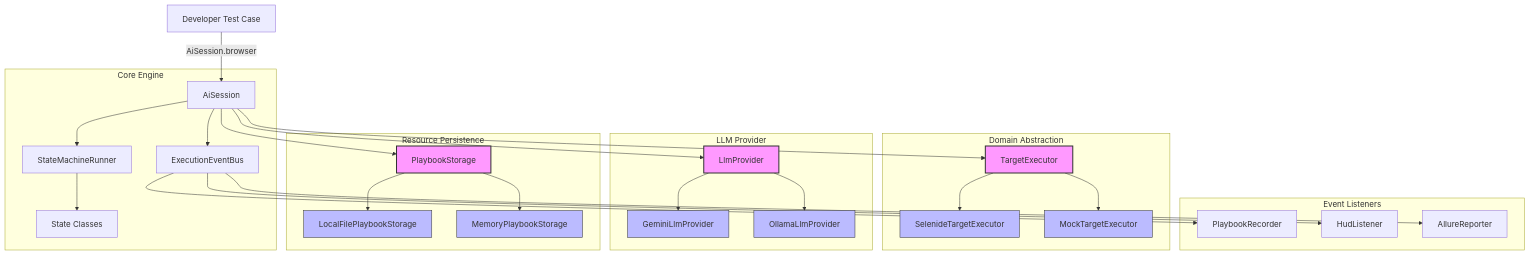
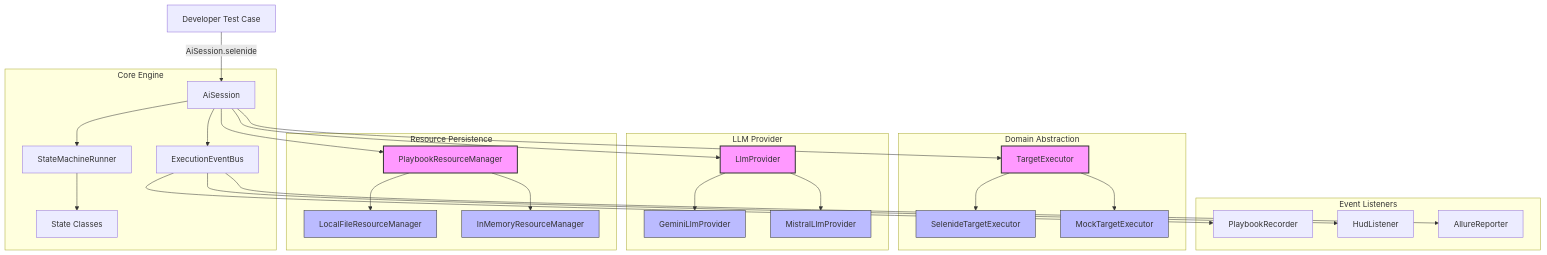
Before and after one commit to Xceptance/neodymium: the first of 10 diagrams in doc/redesign-v2/architecture.md, drawn with Mermaid. The commit also changed other lines of this file, not shown here.

Commit message:
docs: align architecture spec with user feedback on recovery and sanitization

````diff
--- a/doc/redesign-v2/architecture.md
+++ b/doc/redesign-v2/architecture.md
@@ -11,37 +11,37 @@
 ```mermaid
 graph TD
     classDef interface fill:#f9f,stroke:#333,stroke-width:2px;
     classDef concrete fill:#bbf,stroke:#333,stroke-width:1px;
 
-    User[Developer Test Case] -->|AiSession.browser| Session[AiSession]
+    User[Developer Test Case] -->|AiSession.selenide| Session[AiSession]
     
     subgraph Core Engine
         Session --> Runner[StateMachineRunner]
         Runner --> State[State Classes]
         Session --> Bus[ExecutionEventBus]
     end
 
     subgraph Domain Abstraction
         Session --> Executor[TargetExecutor]:::interface
         Executor --> Selenide[SelenideTargetExecutor]:::concrete
         Executor --> Mock[MockTargetExecutor]:::concrete
     end
 
     subgraph LLM Provider
         Session --> Llm[LlmProvider]:::interface
         Llm --> Gemini[GeminiLlmProvider]:::concrete
-        Llm --> Ollama[OllamaLlmProvider]:::concrete
+        Llm --> Mistral[MistralLlmProvider]:::concrete
     end
 
     subgraph Resource Persistence
-        Session --> Storage[PlaybookStorage]:::interface
-        Storage --> Disk[LocalFilePlaybookStorage]:::concrete
-        Storage --> Memory[MemoryPlaybookStorage]:::concrete
+        Session --> Storage[PlaybookResourceManager]:::interface
+        Storage --> Disk[LocalFileResourceManager]:::concrete
+        Storage --> Memory[InMemoryResourceManager]:::concrete
     end
 
     subgraph Event Listeners
         Bus --> Recorder[PlaybookRecorder]
         Bus --> Hud[HudListener]
         Bus --> Reporter[AllureReporter]
     end
 ```
````
